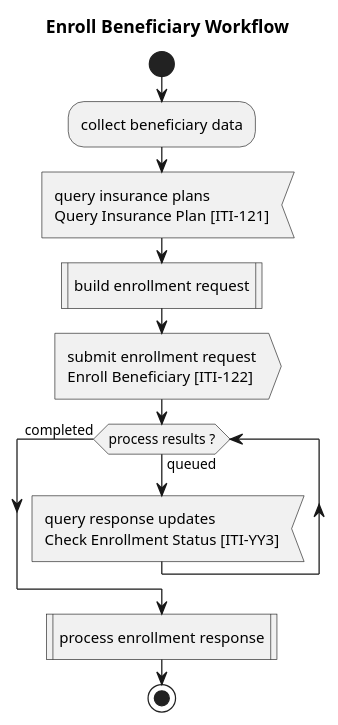
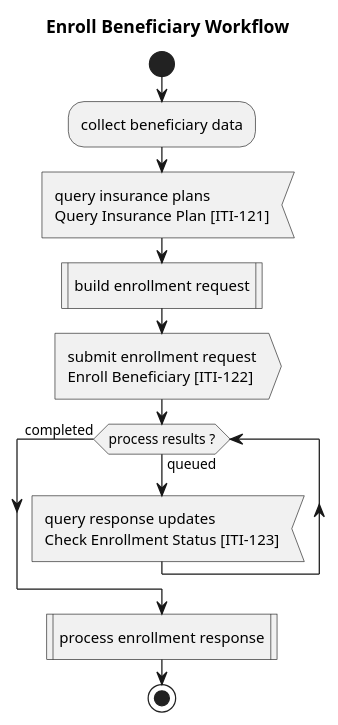
One commit to IHE/ITI.Finance changed the diagram in input/images-source/overview-enroll.plantuml. Above: the diagram before and after it, drawn with PlantUML. The commit also changed 14 other files, not shown here.

```diff
--- a/input/images-source/overview-enroll.plantuml
+++ b/input/images-source/overview-enroll.plantuml
@@ -1,16 +1,16 @@
 @startuml
 
 title Enroll Beneficiary Workflow
 
 start
 :collect beneficiary data;
 :query insurance plans\nQuery Insurance Plan &#91;ITI-121&#93;<
 :build enrollment request|
 :submit enrollment request\nEnroll Beneficiary &#91;ITI-122&#93;>
 while (process results ?) is (queued)
-  :query response updates\nCheck Enrollment Status &#91;ITI-YY3&#93;<
+  :query response updates\nCheck Enrollment Status &#91;ITI-123&#93;<
 endwhile (completed)
 :process enrollment response|
 stop
 
 @enduml
```
